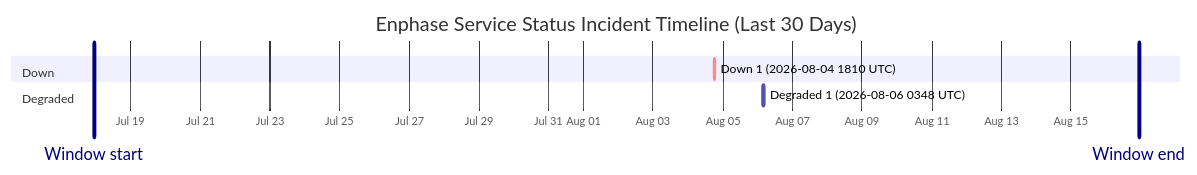
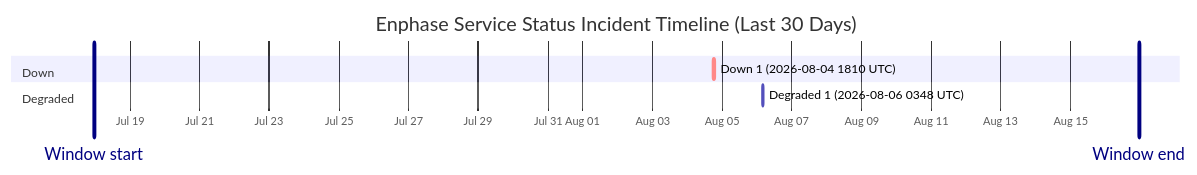
One commit to barneyonline/ha-enphase-energy changed the diagram in wiki/Service-Status-History.md. Above: the diagram before and after it, drawn with Mermaid. The commit also changed other lines of this file and 3 other files, not shown here.

````diff
--- a/wiki/Service-Status-History.md
+++ b/wiki/Service-Status-History.md
@@ -14,12 +14,12 @@
 ```mermaid
 gantt
     title Enphase Service Status Incident Timeline (Last 30 Days)
     dateFormat  YYYY-MM-DDTHH:mm:ss
     axisFormat  %b %d
-    Window start :vert, window-start, 2026-07-17T22:46:15, 0ms
-    Window end :vert, window-end, 2026-08-16T22:46:15, 0ms
+    Window start :vert, window-start, 2026-07-17T23:17:32, 0ms
+    Window end :vert, window-end, 2026-08-16T23:17:32, 0ms
     section Down
     Down 1 (2026-08-04 1810 UTC) :crit, down-1, 2026-08-04T18:10:46, 60m
     section Degraded
     Degraded 1 (2026-08-06 0348 UTC) :active, degraded-1, 2026-08-06T03:48:14, 60m
 ```
````
